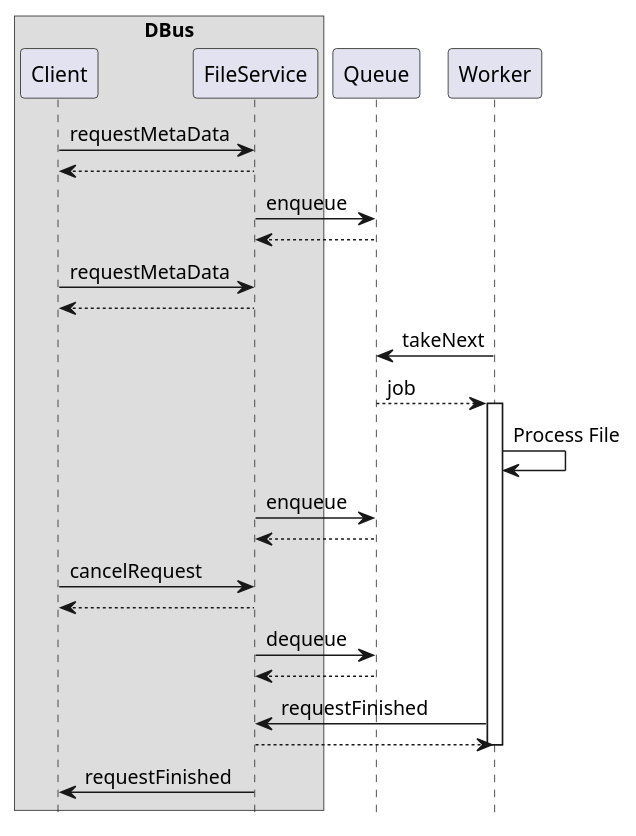
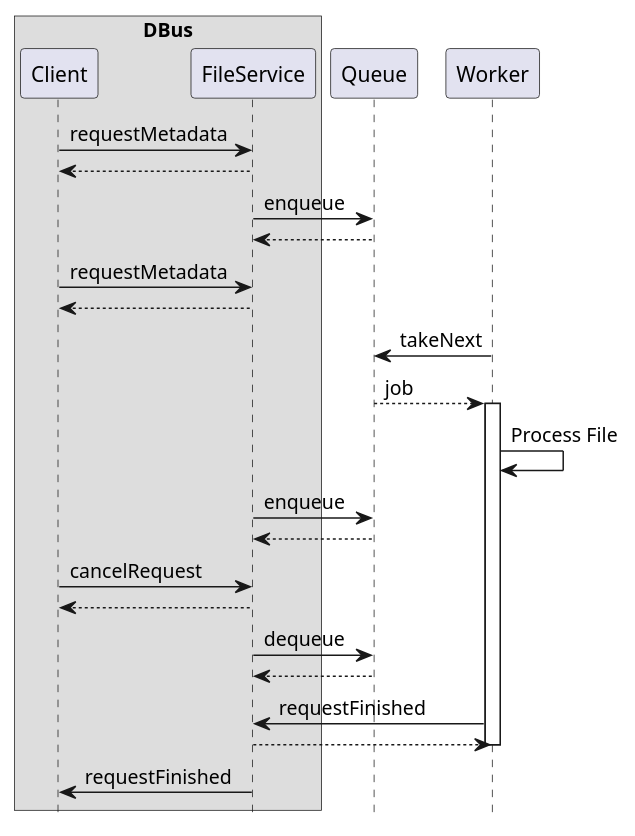
Before and after one commit to Ultimaker/libCharon: the diagram in docs/service_sequence.plantuml, drawn with PlantUML. The commit also changed 1 other file, not shown here.

Commit message:
Consistently use metadata as one word
It was using capital Ds in function names but lowercase ds in parameters. Let's see metadata as one word (like it is) and use lowercase d everywhere.

Contributes to issue CURA-4872.

```diff
--- a/docs/service_sequence.plantuml
+++ b/docs/service_sequence.plantuml
@@ -1,40 +1,40 @@
 @startuml
 
 hide footbox
 
 box "DBus"
     participant Client
     participant FileService
 end box
 
-Client -> FileService: requestMetaData
+Client -> FileService: requestMetadata
 FileService --> Client
 
 FileService -> Queue: enqueue
 Queue --> FileService
 
-Client -> FileService: requestMetaData
+Client -> FileService: requestMetadata
 FileService --> Client
 
 Worker -> Queue: takeNext
 Queue --> Worker: job
 
 activate Worker
 Worker -> Worker: Process File
 
 FileService -> Queue: enqueue
 Queue --> FileService
 
 Client -> FileService: cancelRequest
 FileService --> Client
 
 FileService -> Queue: dequeue
 Queue --> FileService
 
 Worker -> FileService: requestFinished
 FileService --> Worker
 deactivate Worker
 
 FileService -> Client: requestFinished
 
 @enduml
```
